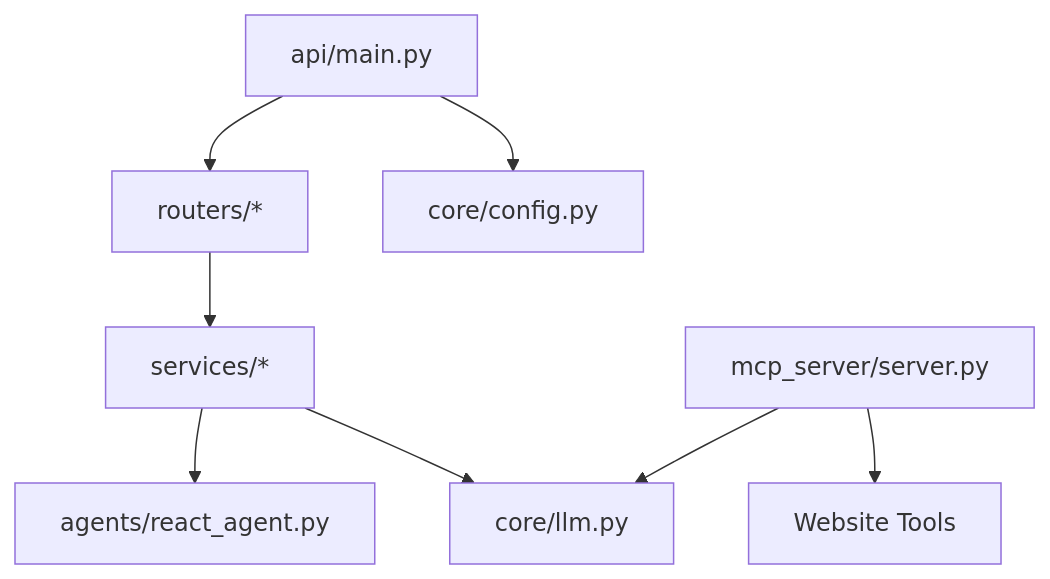
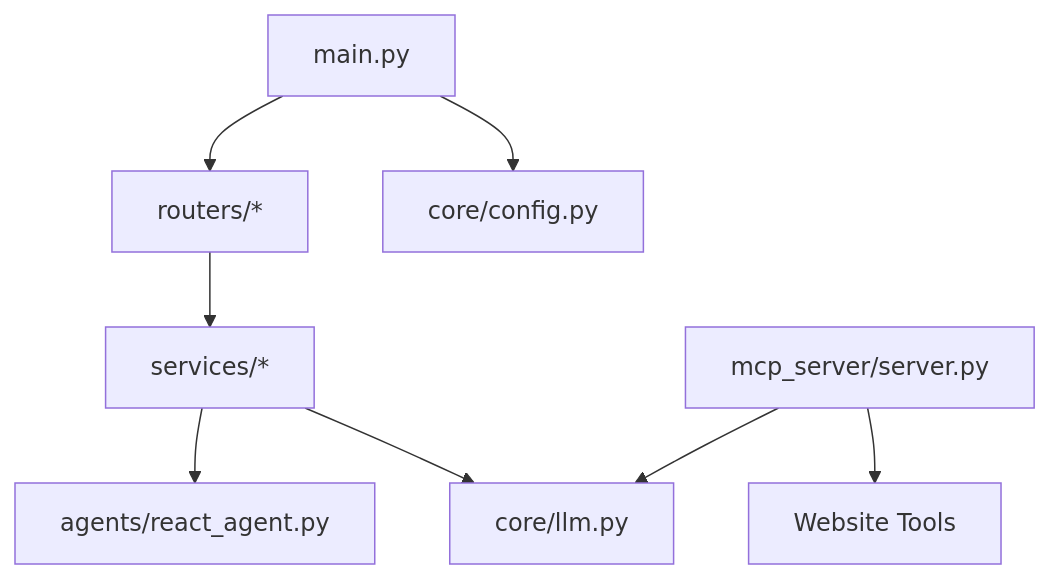
The tenth of 10 diagrams in src/data/docs/agentic-browser/System Architecture/Backend Server Design.md (tashifkhan/tashif.codes), drawn with Mermaid before and after one commit. The commit also changed other lines of this file and 2128 other files, not shown here.

First line of the commit message:
docs: replace raster diagram images with native Mermaid across project guides

````diff
--- a/src/data/docs/agentic-browser/System Architecture/Backend Server Design.md
+++ b/src/data/docs/agentic-browser/System Architecture/Backend Server Design.md
@@ -241,10 +240,10 @@
 ```mermaid
 graph TB
-API["api/main.py"] --> Routers["routers/*"]
+API["main.py"] --> Routers["routers/*"]
 Routers --> Services["services/*"]
 Services --> Agents["agents/react_agent.py"]
 Services --> LLM["core/llm.py"]
 API --> Config["core/config.py"]
 MCP["mcp_server/server.py"] --> LLM
 MCP --> Tools["Website Tools"]
 ```
````
